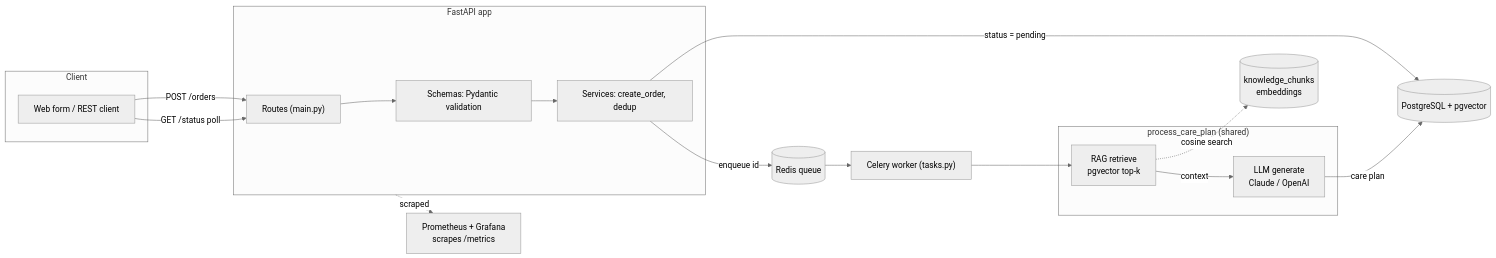
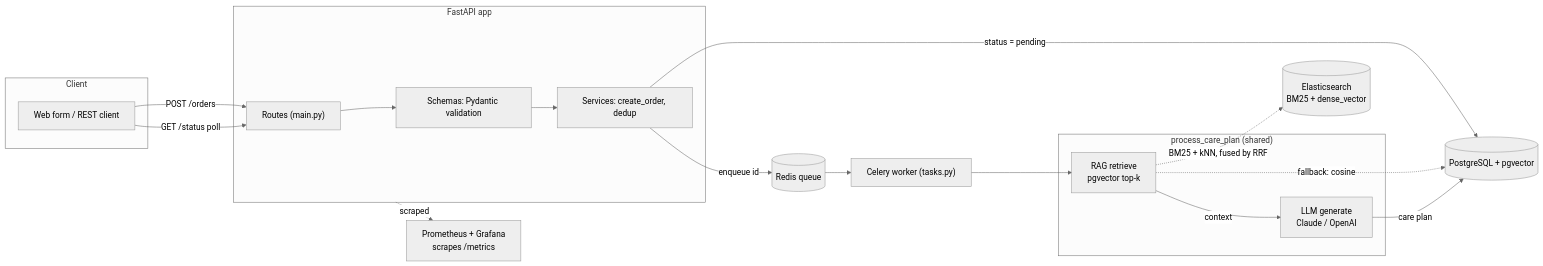
The first of 3 diagrams in README.md (LijuanTang94/care-plan-rag), drawn with Mermaid (neutral theme) before and after one commit. The commit also changed other lines of this file, not shown here.

First line of the commit message:
Bring the architecture diagram back in line with the code

````diff
--- a/README.md
+++ b/README.md
@@ -17,35 +17,36 @@
 ```mermaid
 flowchart LR
     subgraph Client
         UI["Web form / REST client"]
     end
 
     subgraph API["FastAPI app"]
         R["Routes (main.py)"]
         S["Services: create_order, dedup"]
         SC["Schemas: Pydantic validation"]
     end
 
     Q[("Redis queue")]
     W["Celery worker (tasks.py)"]
 
     subgraph Generation["process_care_plan (shared)"]
         RET["RAG retrieve<br/>pgvector top-k"]
         LLM["LLM generate<br/>Claude / OpenAI"]
     end
 
     DB[("PostgreSQL + pgvector")]
-    KB[("knowledge_chunks<br/>embeddings")]
+    ES[("Elasticsearch<br/>BM25 + dense_vector")]
 
     UI -->|"POST /orders"| R --> SC --> S
     S -->|"status = pending"| DB
     S -->|"enqueue id"| Q
     Q --> W --> RET
     RET -->|"context"| LLM
-    RET -.->|"cosine search"| KB
+    RET -.->|"BM25 + kNN, fused by RRF"| ES
+    RET -.->|"fallback: cosine"| DB
     LLM -->|"care plan"| DB
     UI -->|"GET /status poll"| R
 
     MON["Prometheus + Grafana<br/>scrapes /metrics"]
     API -.->|"scraped"| MON
 ```
````
